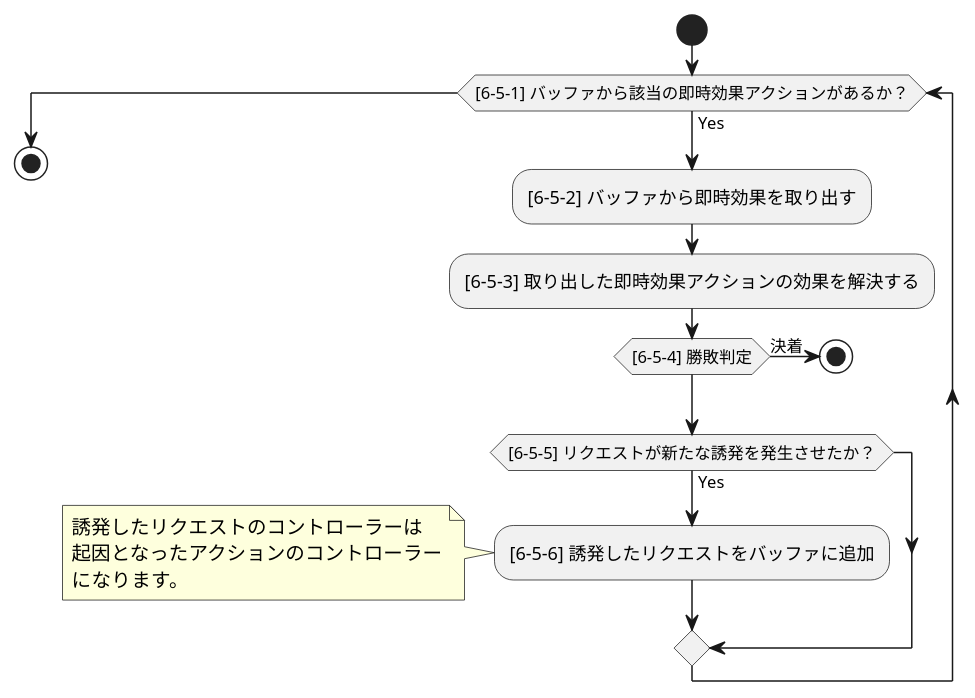
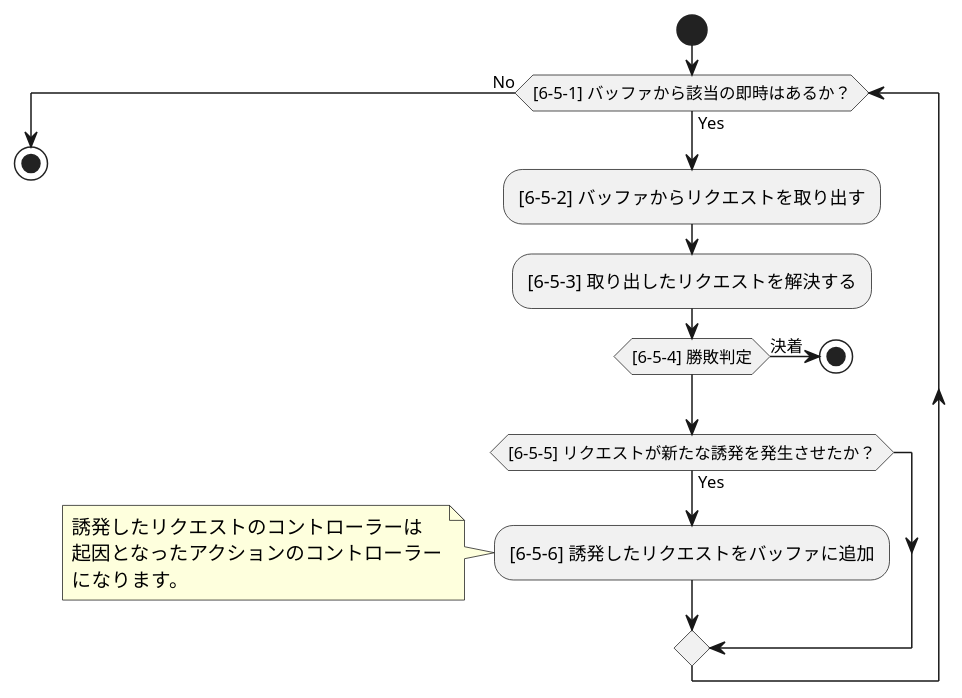
The diagram in source/core/triggerflow_s.puml (BlackPoker/BlackPoker), drawn with PlantUML before and after one commit. The commit also changed 4 other files, not shown here.

```diff
--- a/source/core/triggerflow_s.puml
+++ b/source/core/triggerflow_s.puml
@@ -1,23 +1,23 @@
 @startuml
 '==============================
-'【即時効果：アクション毎に処理】
+'【即時：アクション毎に処理】
 '==============================
 
 start
-while ([6-5-1] バッファから該当の即時効果アクションがあるか？) is (Yes)
-  :[6-5-2] バッファから即時効果を取り出す;
-  :[6-5-3] 取り出した即時効果アクションの効果を解決する;
+while ([6-5-1] バッファから該当の即時はあるか？) is (Yes)
+  :[6-5-2] バッファからリクエストを取り出す;
+  :[6-5-3] 取り出したリクエストを解決する;
   if ([6-5-4] 勝敗判定) then (決着)
     stop
   endif
   if ([6-5-5] リクエストが新たな誘発を発生させたか？) then (Yes)
     :[6-5-6] 誘発したリクエストをバッファに追加;
     note left
       誘発したリクエストのコントローラーは
       起因となったアクションのコントローラー
       になります。
     end note
   endif
-endwhile
+endwhile (No)
 stop
 @enduml
```
